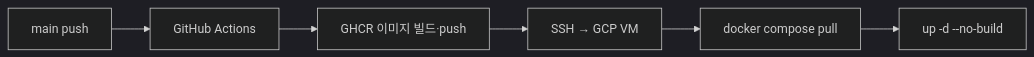
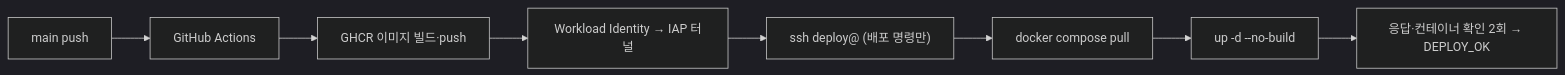
One commit to Hansoo3366/yakuku-yaru changed the diagram in obsidian-export/Projects/야크크 야르 섹시야구/05 배포 및 운영.md. Above: the diagram before and after it, drawn with Mermaid (dark theme). The commit also changed other lines of this file and 12 other files, not shown here.

````diff
--- a/obsidian-export/Projects/야크크 야르 섹시야구/05 배포 및 운영.md
+++ b/obsidian-export/Projects/야크크 야르 섹시야구/05 배포 및 운영.md
@@ -21,8 +21,10 @@
 ```mermaid
 flowchart LR
   Push["main push"] --> GHA["GitHub Actions"]
   GHA --> GHCR["GHCR 이미지 빌드·push"]
-  GHCR --> SSH["SSH → GCP VM"]
+  GHCR --> IAP["Workload Identity → IAP 터널"]
+  IAP --> SSH["ssh deploy@ (배포 명령만)"]
   SSH --> Pull["docker compose pull"]
   Pull --> Up["up -d --no-build"]
+  Up --> Check["응답·컨테이너 확인 2회 → DEPLOY_OK"]
 ```
````
